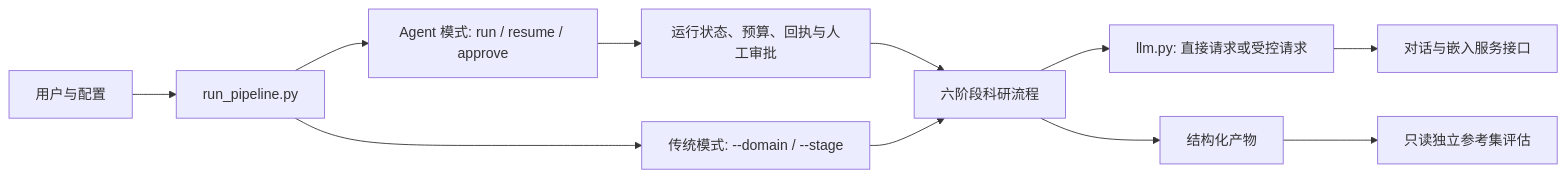
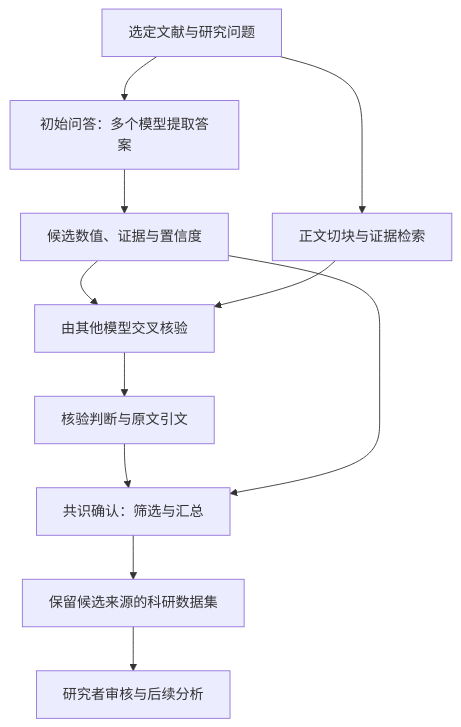
The first of 2 diagrams in README.zh-CN.md (Voss-zeji/LUMINA), drawn with Mermaid before and after one commit. The commit also changed other lines of this file and 1 other file, not shown here.

````diff
--- a/README.zh-CN.md
+++ b/README.zh-CN.md
@@ -89,13 +27,13 @@
 ```mermaid
-flowchart LR
-    User["用户与配置"] --> CLI["run_pipeline.py"]
-    CLI --> Traditional["传统模式: --domain / --stage"]
-    CLI --> AgentMode["Agent 模式: run / resume / approve"]
-    AgentMode --> Ctrl["运行状态、预算、回执与人工审批"]
-    Ctrl --> Core["六阶段科研流程"]
-    Traditional --> Core
-    Core --> Llm["llm.py: 直接请求或受控请求"]
-    Llm --> Api["对话与嵌入服务接口"]
-    Core --> Out["结构化产物"]
-    Out --> Eval["只读独立参考集评估"]
+flowchart TD
+    Papers["选定文献与研究问题"] --> Query["初始问答：多个模型提取答案"]
+    Query --> Candidates["候选数值、证据与置信度"]
+    Papers --> Context["正文切块与证据检索"]
+    Candidates --> Verify["由其他模型交叉核验"]
+    Context --> Verify
+    Verify --> Votes["核验判断与原文引文"]
+    Votes --> Consensus["共识确认：筛选与汇总"]
+    Candidates --> Consensus
+    Consensus --> Data["保留候选来源的科研数据集"]
+    Data --> Review["研究者审核与后续分析"]
 ```
````
